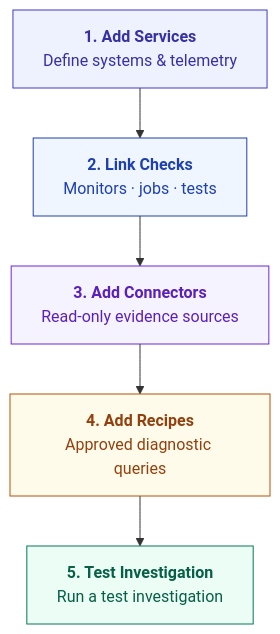
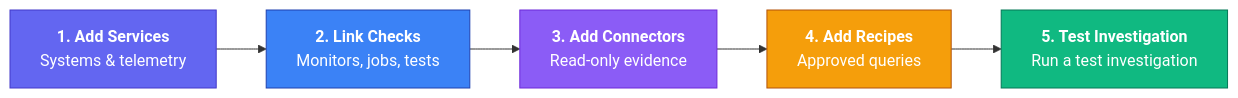
Before and after one commit to supercheck-io/supercheck: the diagram in docs/content/docs/app/admin/ai-sre-setup.mdx, drawn with Mermaid. The commit also changed 17 other files, not shown here.

First line of the commit message:
docs: restore original colors, add AI SRE to architecture, reorganize + multi-color diagrams (#310)

````diff
--- a/docs/content/docs/app/admin/ai-sre-setup.mdx
+++ b/docs/content/docs/app/admin/ai-sre-setup.mdx
@@ -64,13 +64,10 @@
 ```mermaid
-flowchart TD
-    Services["<b>1. Add Services</b><br/>Define systems & telemetry"] --> Links["<b>2. Link Checks</b><br/>Monitors · jobs · tests"]
-    Links --> Connectors["<b>3. Add Connectors</b><br/>Read-only evidence sources"]
-    Connectors --> Recipes["<b>4. Add Recipes</b><br/>Approved diagnostic queries"]
-    Recipes --> Verify["<b>5. Test Investigation</b><br/>Run a test investigation"]
+flowchart LR
+    Services["<b>1. Add Services</b><br/>Systems & telemetry"] --> Links["<b>2. Link Checks</b><br/>Monitors, jobs, tests"] --> Connectors["<b>3. Add Connectors</b><br/>Read-only evidence"] --> Recipes["<b>4. Add Recipes</b><br/>Approved queries"] --> Verify["<b>5. Test Investigation</b><br/>Run a test investigation"]
 
-    style Services fill:#eef2ff,stroke:#4338ca,color:#3730a3
-    style Links fill:#eff6ff,stroke:#1e40af,color:#1e40af
-    style Connectors fill:#f5f3ff,stroke:#6d28d9,color:#5b21b6
-    style Recipes fill:#fffbeb,stroke:#b45309,color:#92400e
-    style Verify fill:#ecfdf5,stroke:#047857,color:#065f46
+    style Services fill:#6366f1,stroke:#4338ca,color:#fff
+    style Links fill:#3b82f6,stroke:#1e40af,color:#fff
+    style Connectors fill:#8b5cf6,stroke:#6d28d9,color:#fff
+    style Recipes fill:#f59e0b,stroke:#b45309,color:#fff
+    style Verify fill:#10b981,stroke:#047857,color:#fff
 ```
````
